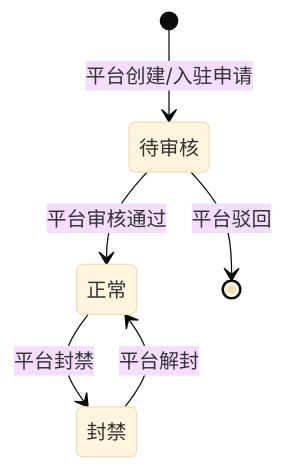
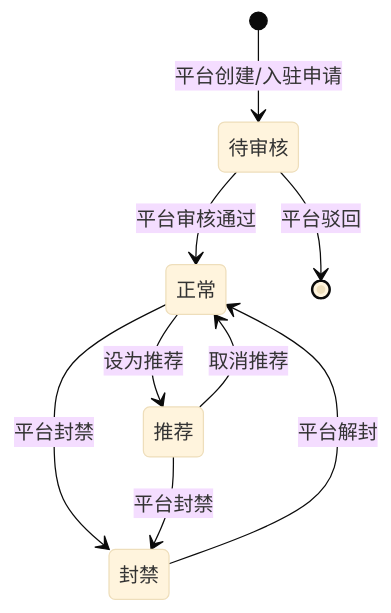
One commit to askxuan-dongfang/askxuan-docs changed the fifth of 19 diagrams in docs/architecture/状态机.md. Above: the diagram before and after it, drawn with Mermaid (base theme). The commit also changed other lines of this file and 3 other files, not shown here.

````diff
--- a/docs/architecture/状态机.md
+++ b/docs/architecture/状态机.md
@@ -210,8 +211,11 @@
 ```mermaid
 stateDiagram-v2
     [*] --> 待审核: 平台创建/入驻申请
     待审核 --> 正常: 平台审核通过
     待审核 --> [*]: 平台驳回
-    正常 --> 封禁: 平台封禁
-    封禁 --> 正常: 平台解封
+	正常 --> 推荐: 设为推荐
+	推荐 --> 正常: 取消推荐
+	正常 --> 封禁: 平台封禁
+	推荐 --> 封禁: 平台封禁
+	封禁 --> 正常: 平台解封
 ```
````
